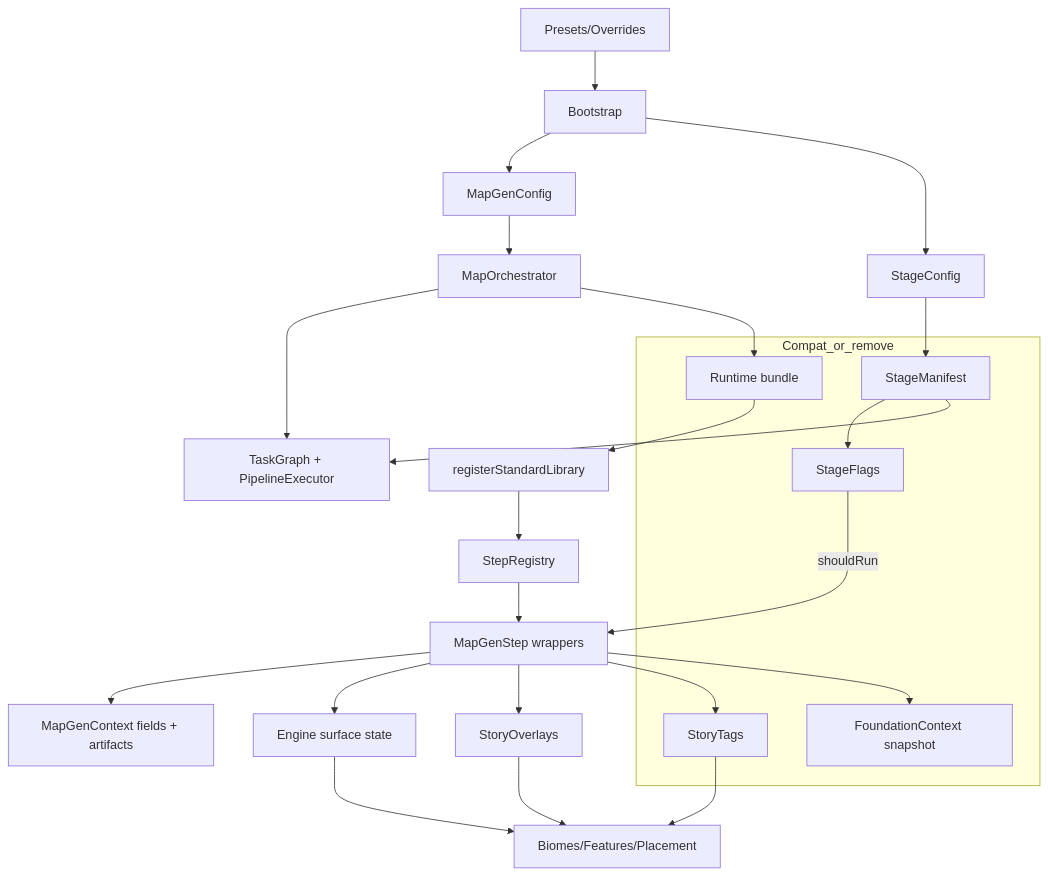
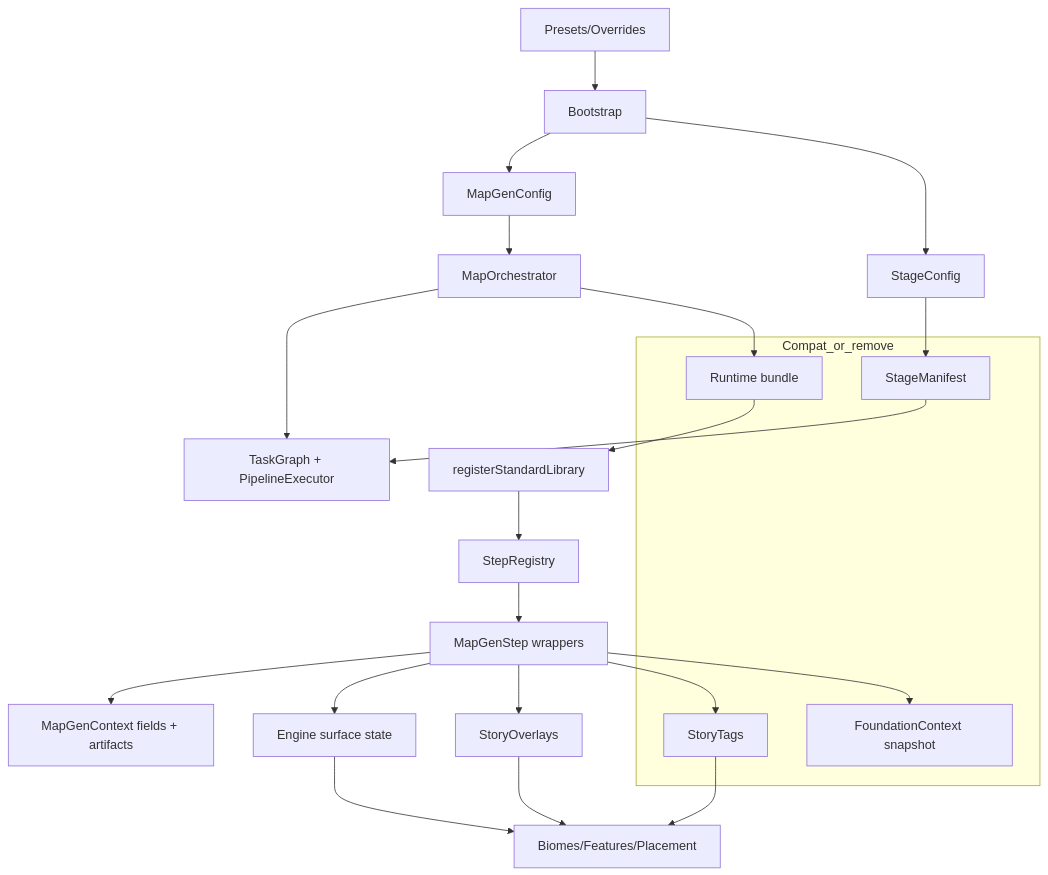
Before and after one commit to mateicanavra/civ7-modding-tools-fork: the third of 4 diagrams in docs/projects/engine-refactor-v1/resources/SPIKE-orchestrator-indirection-audit.md, drawn with Mermaid. The commit also changed other lines of this file and 16 other files, not shown here.

````diff
--- a/docs/projects/engine-refactor-v1/resources/SPIKE-orchestrator-indirection-audit.md
+++ b/docs/projects/engine-refactor-v1/resources/SPIKE-orchestrator-indirection-audit.md
@@ -465,36 +449,33 @@
 ```mermaid
 flowchart TD
   Preset[Presets/Overrides] --> Bootstrap
   Bootstrap --> Config[MapGenConfig]
   Bootstrap --> StageConfig
 
   Config --> Orchestrator[MapOrchestrator]
   Orchestrator --> TaskGraph[TaskGraph + PipelineExecutor]
   Orchestrator --> RuntimeBundle[Runtime bundle]
   RuntimeBundle --> StdLib[registerStandardLibrary]
   StdLib --> StepRegistry
   StepRegistry --> Steps[MapGenStep wrappers]
 
   StageConfig --> StageManifest
-  StageManifest --> StageFlags
   StageManifest --> TaskGraph
-  StageFlags -->|shouldRun| Steps
 
   Steps --> Context[MapGenContext fields + artifacts]
   Steps --> EngineState[Engine surface state]
   Steps --> StoryOverlays
   Steps --> StoryTags
   Steps --> FoundationSnapshot[FoundationContext snapshot]
 
   StoryOverlays --> Consumers[Biomes/Features/Placement]
   StoryTags --> Consumers
   EngineState --> Consumers
 
   subgraph Compat_or_remove
     StageManifest
-    StageFlags
     RuntimeBundle
     StoryTags
     FoundationSnapshot
   end
 ```
````
